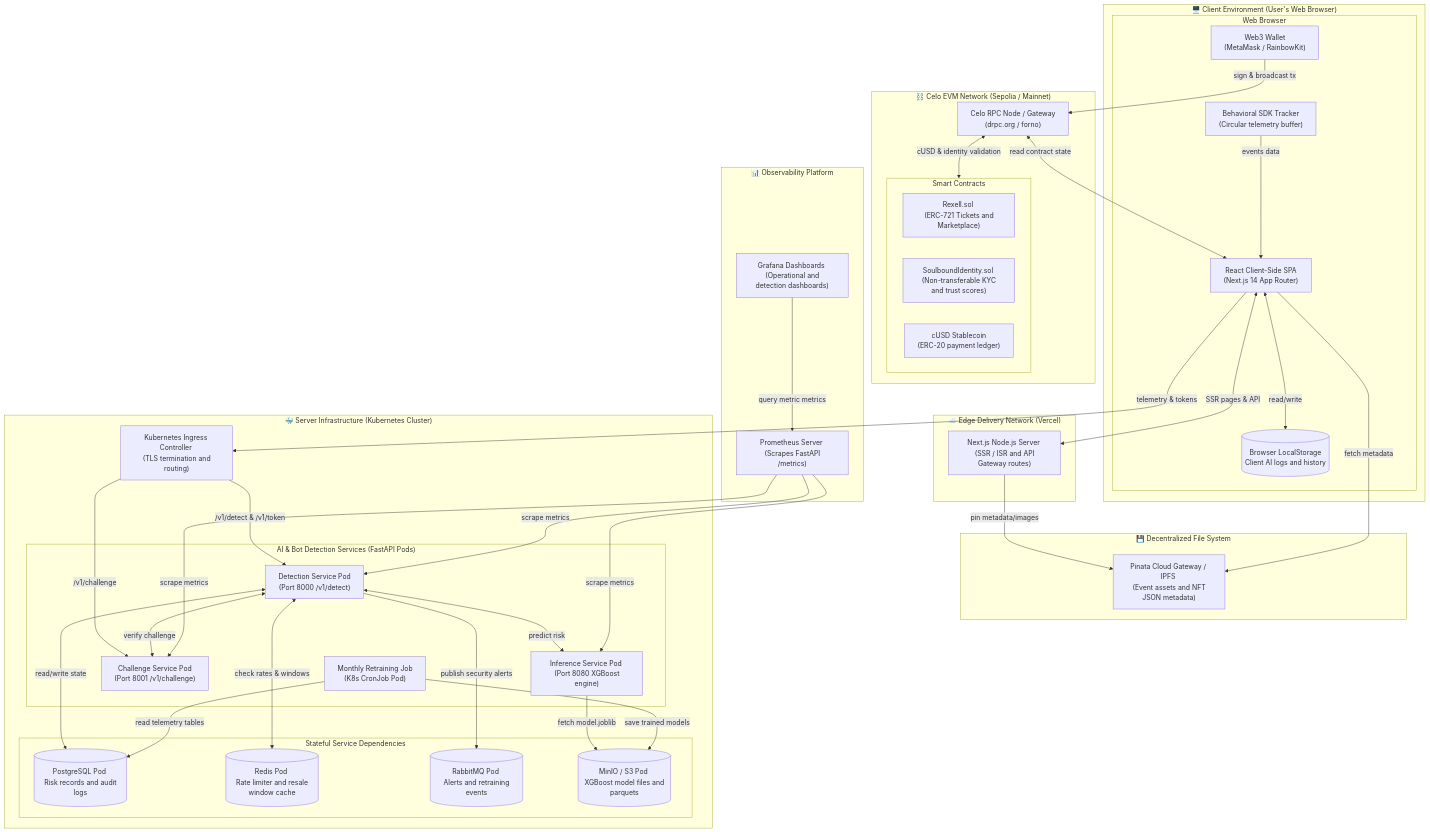
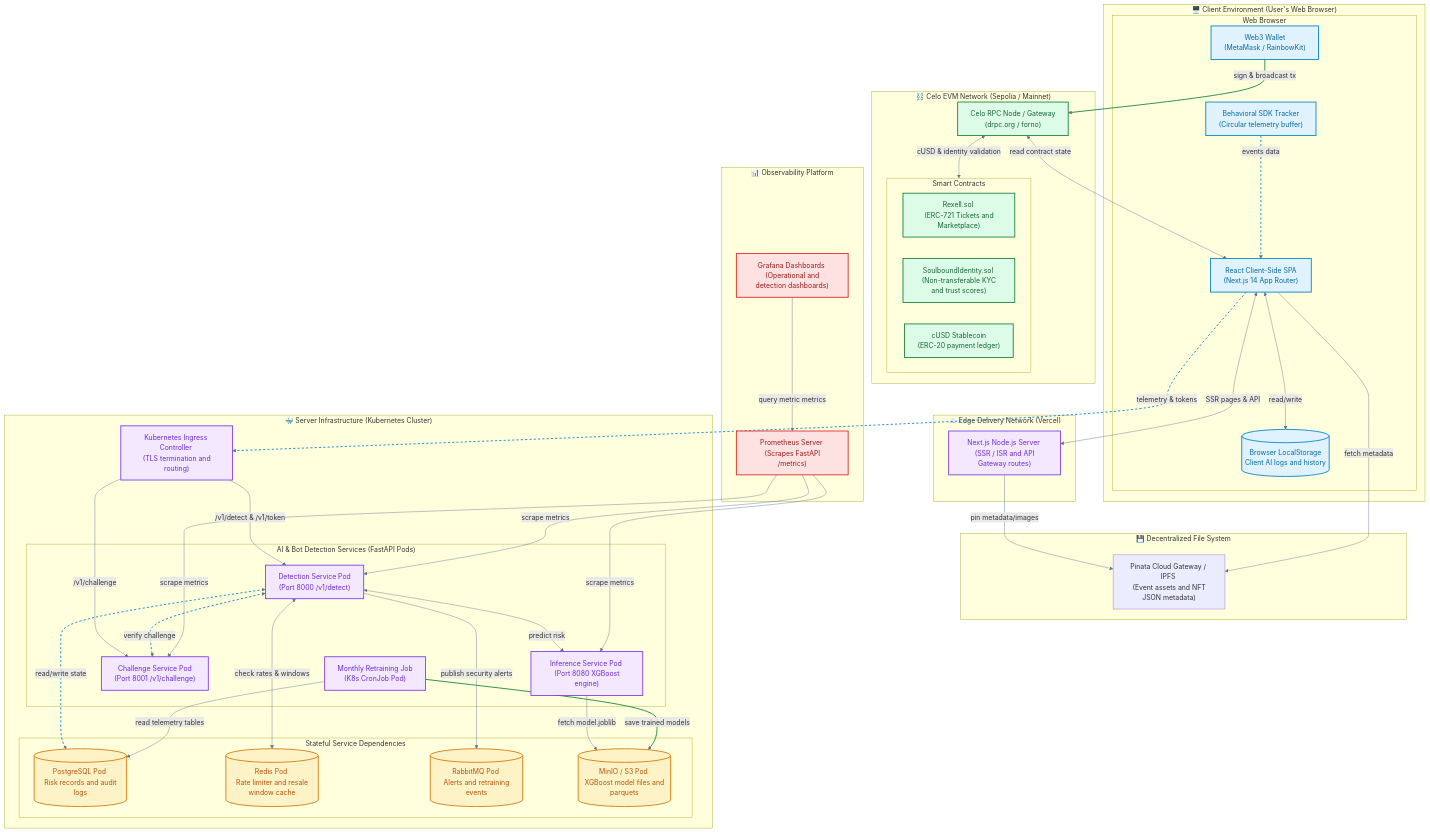
The first of 4 diagrams in SYSTEM_DIAGRAMS.md (Sayyed23/Rexell), drawn with Mermaid before and after one commit. The commit also changed other lines of this file and 1 other file, not shown here.

Commit message:
docs: add deployment diagram and expand smart contract class definitions in documentation

````diff
--- a/SYSTEM_DIAGRAMS.md
+++ b/SYSTEM_DIAGRAMS.md
@@ -94,4 +94,21 @@
     Prometheus -->|scrape metrics| Inf_Service
     Prometheus -->|scrape metrics| Chal_Service
     Grafana -->|query metric metrics| Prometheus
+
+    %% Style classes
+    classDef client fill:#e0f2fe,stroke:#0284c7,stroke-width:2px,color:#0369a1;
+    classDef server fill:#f3e8ff,stroke:#7c3aed,stroke-width:2px,color:#6d28d9;
+    classDef stateful fill:#fef3c7,stroke:#d97706,stroke-width:2px,color:#b45309;
+    classDef blockchain fill:#dcfce7,stroke:#15803d,stroke-width:2px,color:#166534;
+    classDef monitor fill:#fee2e2,stroke:#dc2626,stroke-width:2px,color:#991b1b;
+
+    class FE_Code,SDK,Wallet,Local_Store client;
+    class Next_Server,Ingress,Det_Service,Inf_Service,Chal_Service,Train_Job server;
+    class Postgres,Redis,RabbitMQ,MinIO stateful;
+    class RPC_Node,Rexell_Contract,SIdentity_Contract,cUSD_Contract blockchain;
+    class Prometheus,Grafana monitor;
+
+    linkStyle default stroke:#64748b,stroke-width:1px;
+    linkStyle 0,1,10,11 stroke:#0284c7,stroke-dasharray: 5 5,stroke-width:2px;
+    linkStyle 2,16 stroke:#15803d,stroke-width:2px;
 ```
````
